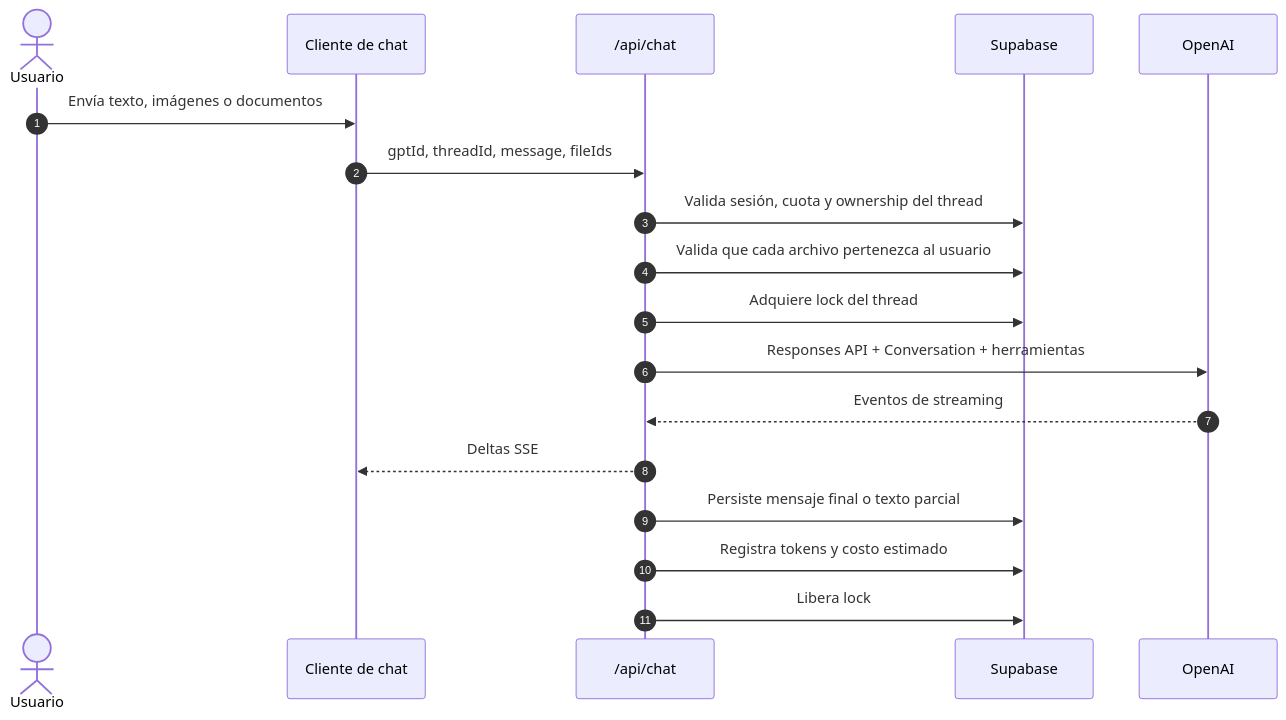
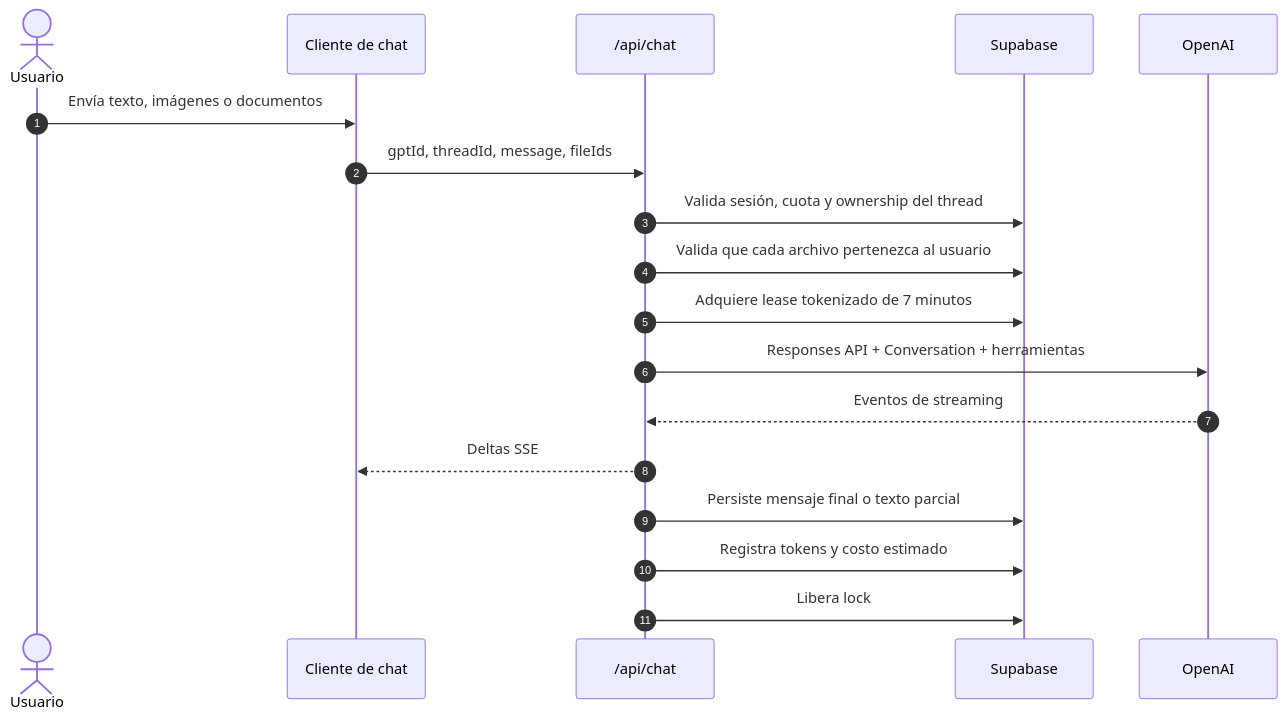
The third of 6 diagrams in README.md (Danzstorm/gpt-skool-creativos), drawn with Mermaid before and after one commit. The commit also changed other lines of this file, not shown here.

````diff
--- a/README.md
+++ b/README.md
@@ -146,21 +152,21 @@
 ```mermaid
 sequenceDiagram
     autonumber
     actor U as Usuario
     participant C as Cliente de chat
     participant API as /api/chat
     participant DB as Supabase
     participant O as OpenAI
 
     U->>C: Envía texto, imágenes o documentos
     C->>API: gptId, threadId, message, fileIds
     API->>DB: Valida sesión, cuota y ownership del thread
     API->>DB: Valida que cada archivo pertenezca al usuario
-    API->>DB: Adquiere lock del thread
+    API->>DB: Adquiere lease tokenizado de 7 minutos
     API->>O: Responses API + Conversation + herramientas
     O-->>API: Eventos de streaming
     API-->>C: Deltas SSE
     API->>DB: Persiste mensaje final o texto parcial
     API->>DB: Registra tokens y costo estimado
     API->>DB: Libera lock
 ```
````
